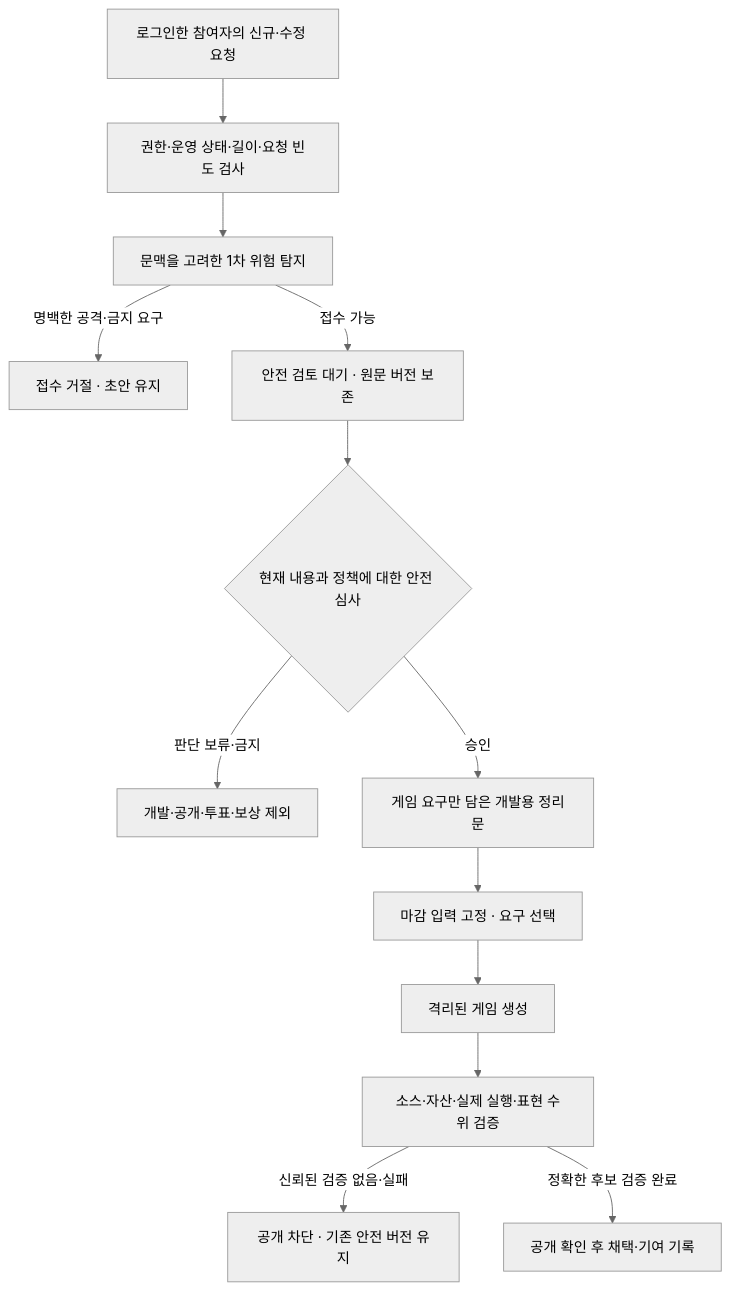
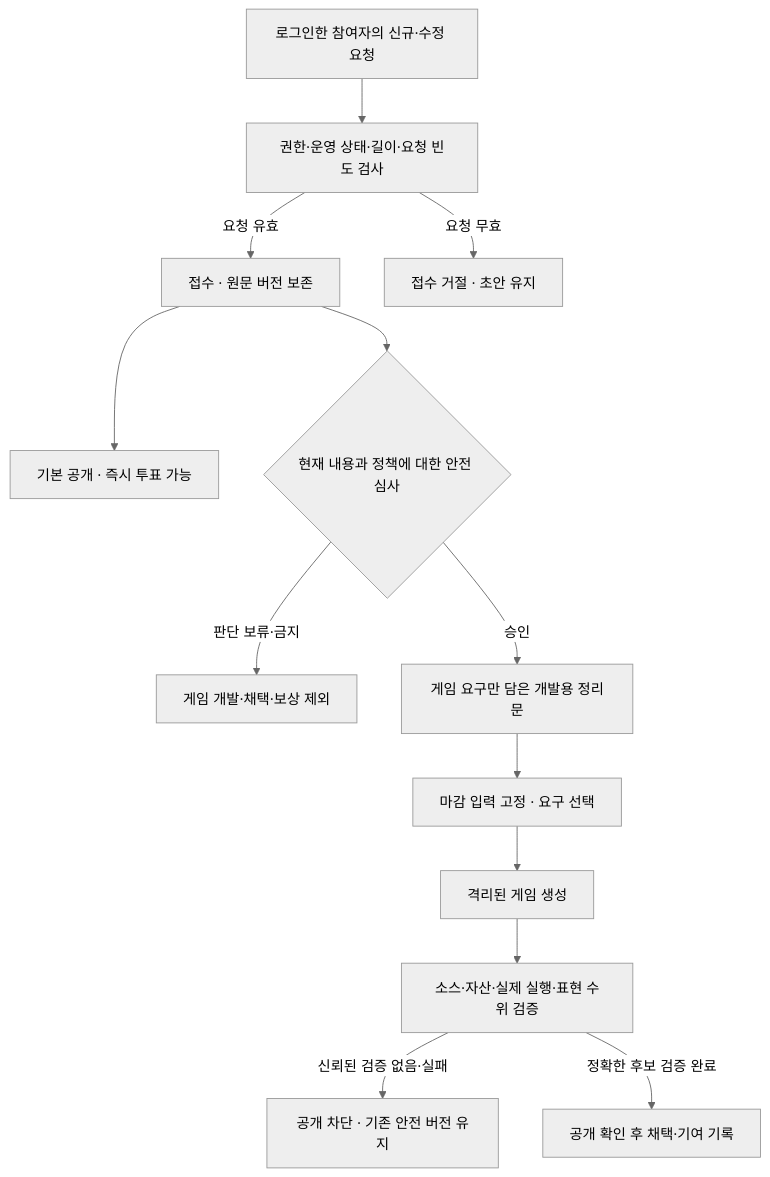
The diagram in docs/participation-safety.md (hongwoogi/yourgame), drawn with Mermaid (neutral theme) before and after one commit. The commit also changed other lines of this file and 34 other files, not shown here.

````diff
--- a/docs/participation-safety.md
+++ b/docs/participation-safety.md
@@ -36,15 +36,15 @@
 ```mermaid
 flowchart TD
   A[로그인한 참여자의 신규·수정 요청] --> B[권한·운영 상태·길이·요청 빈도 검사]
-  B --> C[문맥을 고려한 1차 위험 탐지]
-  C -->|명백한 공격·금지 요구| D[접수 거절 · 초안 유지]
-  C -->|접수 가능| E[안전 검토 대기 · 원문 버전 보존]
+  B -->|요청 유효| E[접수 · 원문 버전 보존]
+  B -->|요청 무효| D[접수 거절 · 초안 유지]
+  E --> P[기본 공개 · 즉시 투표 가능]
   E --> F{현재 내용과 정책에 대한 안전 심사}
-  F -->|판단 보류·금지| G[개발·공개·투표·보상 제외]
+  F -->|판단 보류·금지| G[게임 개발·채택·보상 제외]
   F -->|승인| H[게임 요구만 담은 개발용 정리문]
   H --> I[마감 입력 고정 · 요구 선택]
   I --> J[격리된 게임 생성]
   J --> K[소스·자산·실제 실행·표현 수위 검증]
   K -->|신뢰된 검증 없음·실패| L[공개 차단 · 기존 안전 버전 유지]
   K -->|정확한 후보 검증 완료| M[공개 확인 후 채택·기여 기록]
 ```
````
